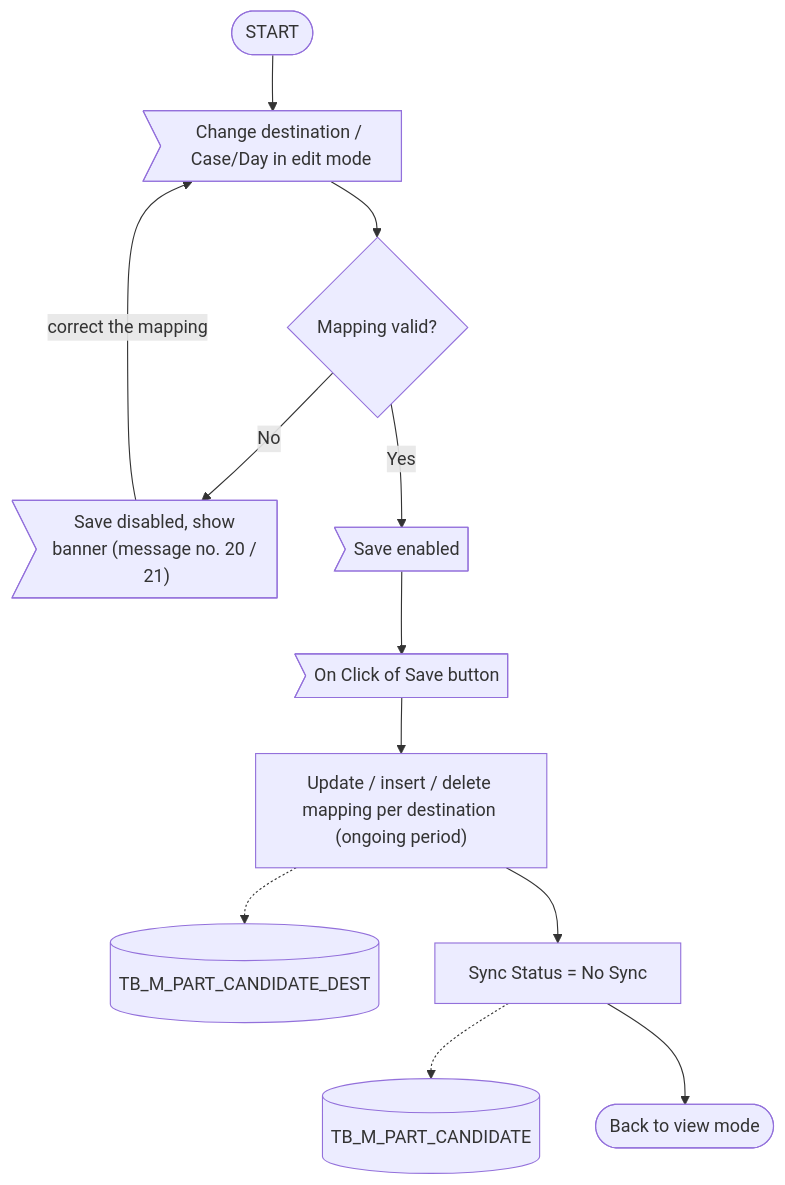
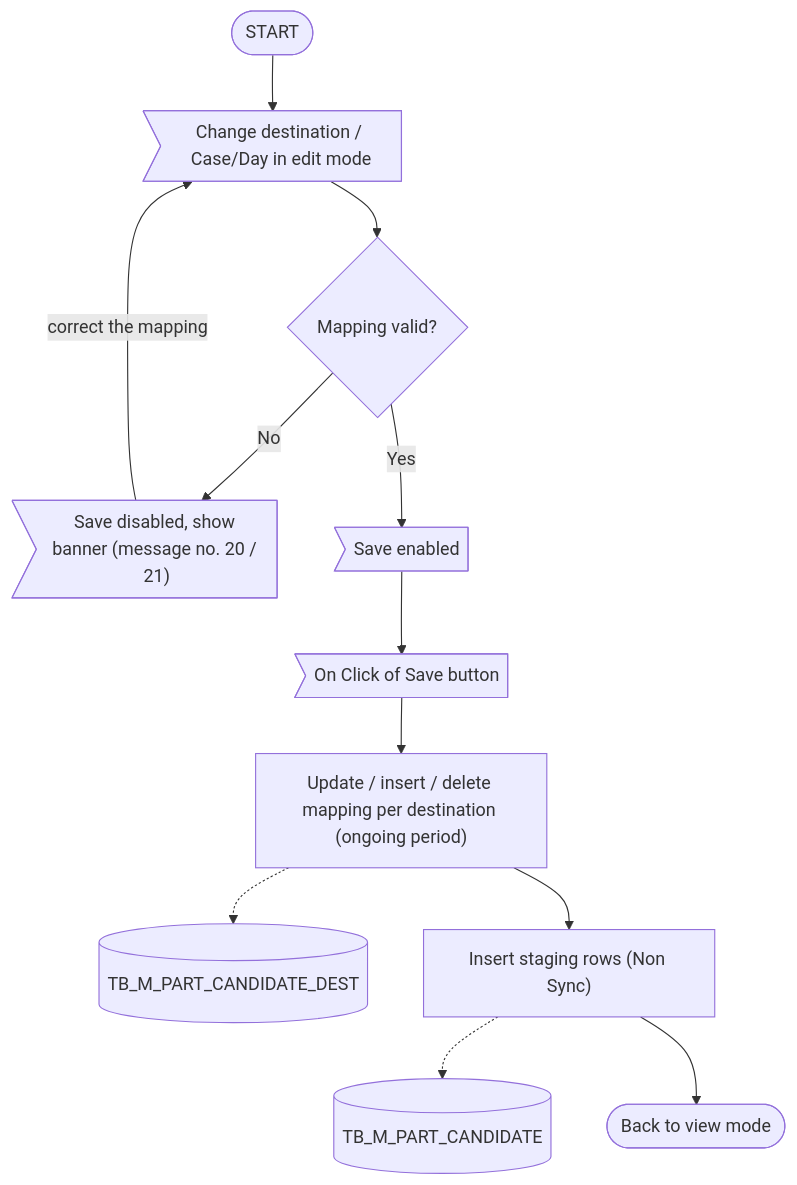
One commit to ivanrayhannn/crossdockpoc changed the fifth of 5 diagrams in prepare_code/uiss/XD01_Screen_CrossDockPartMaster.md. Above: the diagram before and after it, drawn with Mermaid. The commit also changed other lines of this file and 28 other files, not shown here.

First line of the commit message:
UISS XD01-XD03, XD05-XD07: sync with TB_H_PART_CANDIDATE_STG_SYNC (no sync column on the master, SEND_SEQ upload files, GTOPAS by status + period); ERD, DB Structure, UR summary and Function Summary

````diff
--- a/prepare_code/uiss/XD01_Screen_CrossDockPartMaster.md
+++ b/prepare_code/uiss/XD01_Screen_CrossDockPartMaster.md
@@ -236,25 +237,25 @@
 ```mermaid
 flowchart TB
   s(["START"])
   e1>"Change destination / Case/Day in edit mode"]
   d1{"Mapping valid?"}
   m1>"Save disabled, show banner (message no. 20 / 21)"]
   m2>"Save enabled"]
   e2>"On Click of Save button"]
   p1["Update / insert / delete mapping per destination (ongoing period)"]
   db[("TB_M_PART_CANDIDATE_DEST")]
-  p2["Sync Status = No Sync"]
+  p2["Insert staging rows (Non Sync)"]
   db2[("TB_M_PART_CANDIDATE")]
   x(["Back to view mode"])
   s --> e1
   e1 --> d1
   d1 -->|No| m1
   m1 -->|correct the mapping| e1
   d1 -->|Yes| m2
   m2 --> e2
   e2 --> p1
   p1 -.-> db
   p1 --> p2
   p2 -.-> db2
   p2 --> x
 ```
````
